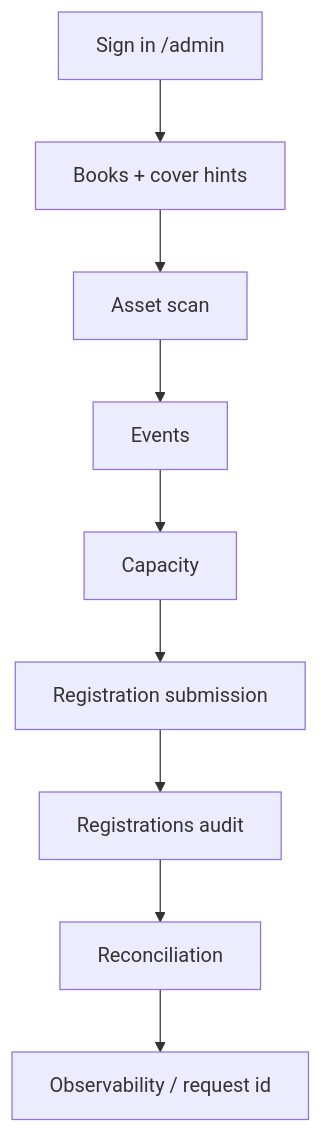
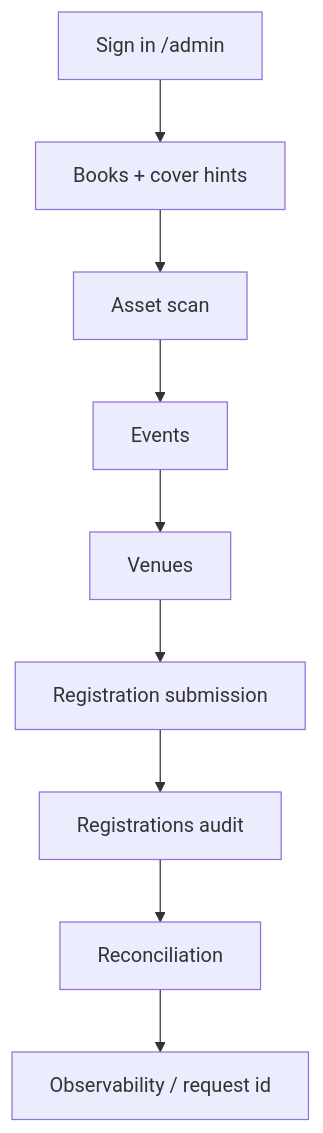
The diagram in docs/admin-validation-runbook.md (pwen0329/book-digest-web), drawn with Mermaid before and after one commit. The commit also changed other lines of this file, not shown here.

````diff
--- a/docs/admin-validation-runbook.md
+++ b/docs/admin-validation-runbook.md
@@ -15,11 +15,11 @@
 ```mermaid
 flowchart TD
   A[Sign in /admin] --> B[Books + cover hints]
   B --> C[Asset scan]
   C --> D[Events]
-  D --> E[Capacity]
+  D --> E[Venues]
   E --> F[Registration submission]
   F --> G[Registrations audit]
   G --> H[Reconciliation]
   H --> I[Observability / request id]
 ```
````
